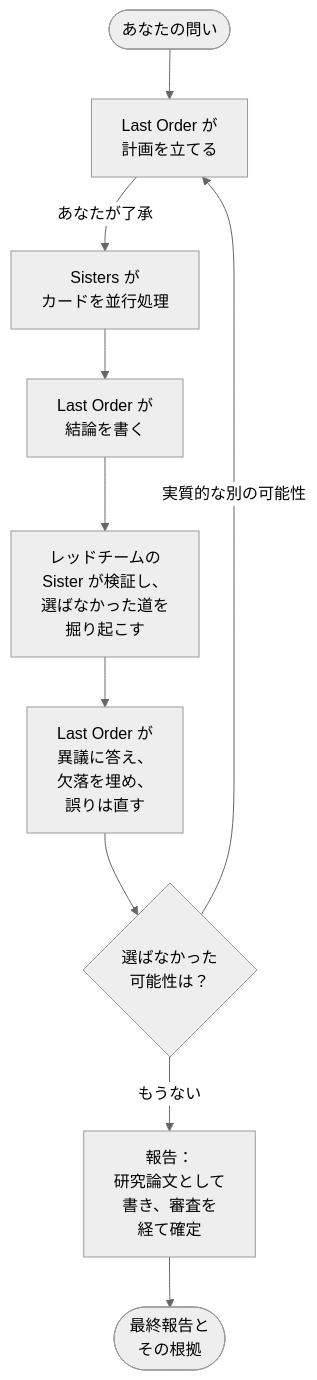
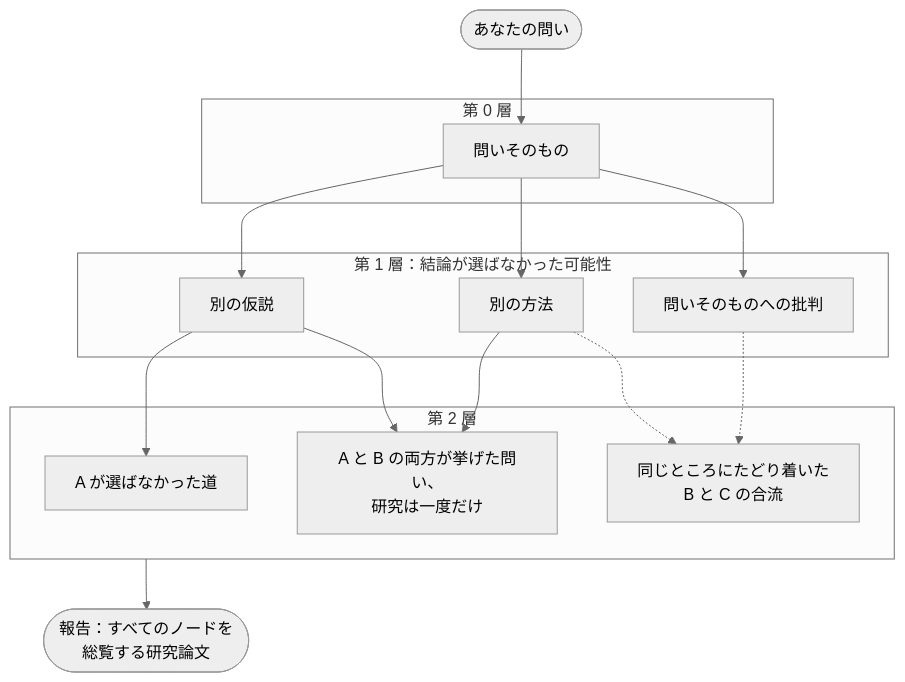
Before and after one commit to LioraRndr/Misaka-Agent: the diagram in README.ja.md, drawn with Mermaid (neutral theme). The commit also changed other lines of this file and 8 other files, not shown here.

First line of the commit message:
README 突出 MISAKA 的独到之处，研究流程图改画研究图；文档补上 Windows 说明

````diff
--- a/README.ja.md
+++ b/README.ja.md
@@ -53,12 +56,22 @@
 ```mermaid
 flowchart TD
-    Q(["あなたの問い"]) --> P["Last Order が<br/>計画を立てる"]
-    P -->|"あなたが了承"| C["Sisters が<br/>カードを並行処理"]
-    C --> N["Last Order が<br/>結論を書く"]
-    N --> R["レッドチームの<br/>Sister が検証し、<br/>選ばなかった道を<br/>掘り起こす"]
-    R --> A["Last Order が<br/>異議に答え、<br/>欠落を埋め、<br/>誤りは直す"]
-    A --> B{"選ばなかった<br/>可能性は？"}
-    B -->|"実質的な別の可能性"| P
-    B -->|"もうない"| F["報告：<br/>研究論文として<br/>書き、審査を<br/>経て確定"]
-    F --> O(["最終報告と<br/>その根拠"])
+    Q(["あなたの問い"]) --> R
+    subgraph L0["第 0 層"]
+        R["問いそのもの"]
+    end
+    subgraph L1["第 1 層：結論が選ばなかった可能性"]
+        A["別の仮説"]
+        B["別の方法"]
+        C["問いそのものへの批判"]
+    end
+    subgraph L2["第 2 層"]
+        A1["A が選ばなかった道"]
+        M["A と B の両方が挙げた問い、<br/>研究は一度だけ"]
+        J["同じところにたどり着いた<br/>B と C の合流"]
+    end
+    R --> A & B & C
+    A --> A1
+    A & B --> M
+    B & C -.-> J
+    L2 --> F(["報告：すべてのノードを<br/>総覧する研究論文"])
 ```
````
